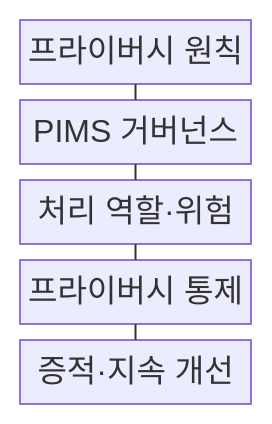
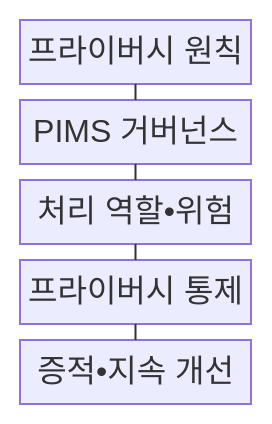
One commit to agnusdei1207/knowledge-base changed the first of 2 diagrams in src/content/docs/notes/05-security/101_iso_29100_iso_27701.md. Above: the diagram before and after it, drawn with Mermaid. The commit also changed other lines of this file and 953 other files, not shown here.

````diff
--- a/src/content/docs/notes/05-security/101_iso_29100_iso_27701.md
+++ b/src/content/docs/notes/05-security/101_iso_29100_iso_27701.md
@@ -63,13 +63,13 @@
 ```mermaid
 block-beta
   columns 1
   F["프라이버시 원칙"]
   G["PIMS 거버넌스"]
-  R["처리 역할·위험"]
+  R["처리 역할•위험"]
   C["프라이버시 통제"]
-  E["증적·지속 개선"]
+  E["증적•지속 개선"]
   F --- G
   G --- R
   R --- C
   C --- E
 ```
````
